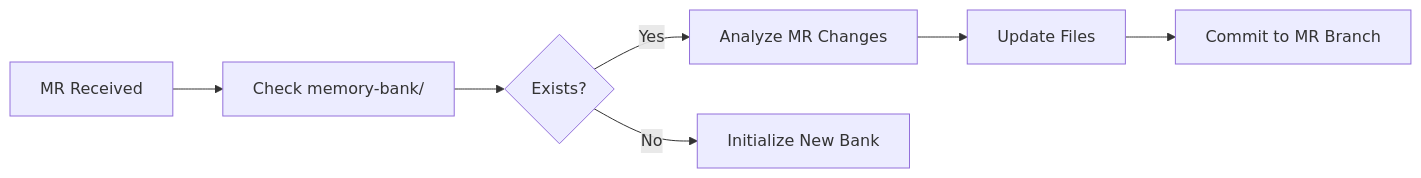
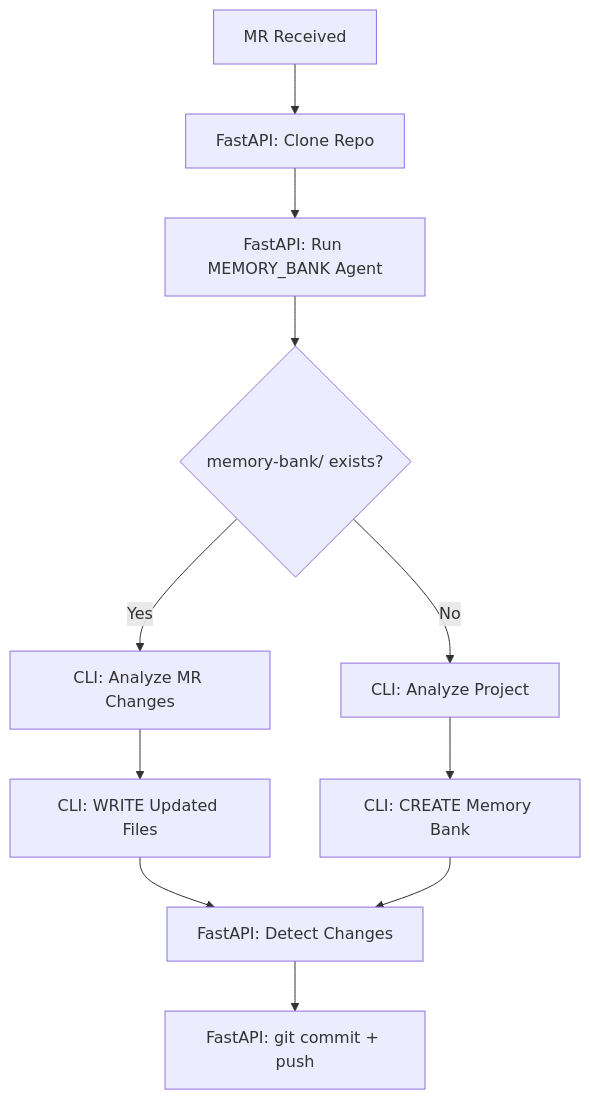
Before and after one commit to Manaszz/mrCliReview: the diagram in docs/NEW_REVIEW_TYPES.md, drawn with Mermaid. The commit also changed other lines of this file and 4 other files, not shown here.

First line of the commit message:
fix: Align MEMORY_BANK agent with CLI/FastAPI architecture

````diff
--- a/docs/NEW_REVIEW_TYPES.md
+++ b/docs/NEW_REVIEW_TYPES.md
@@ -290,9 +303,15 @@
 ```mermaid
-graph LR
-    A[MR Received] --> B[Check memory-bank/]
-    B --> C{Exists?}
-    C -->|Yes| D[Analyze MR Changes]
-    D --> E[Update Files]
-    E --> F[Commit to MR Branch]
-    C -->|No| G[Initialize New Bank]
+graph TB
+    A[MR Received] --> B[FastAPI: Clone Repo]
+    B --> C[FastAPI: Run MEMORY_BANK Agent]
+    C --> D{memory-bank/ exists?}
+    
+    D -->|Yes| E[CLI: Analyze MR Changes]
+    E --> F[CLI: WRITE Updated Files]
+    F --> G[FastAPI: Detect Changes]
+    G --> H[FastAPI: git commit + push]
+    
+    D -->|No| I[CLI: Analyze Project]
+    I --> J[CLI: CREATE Memory Bank]
+    J --> G
 ```
````
